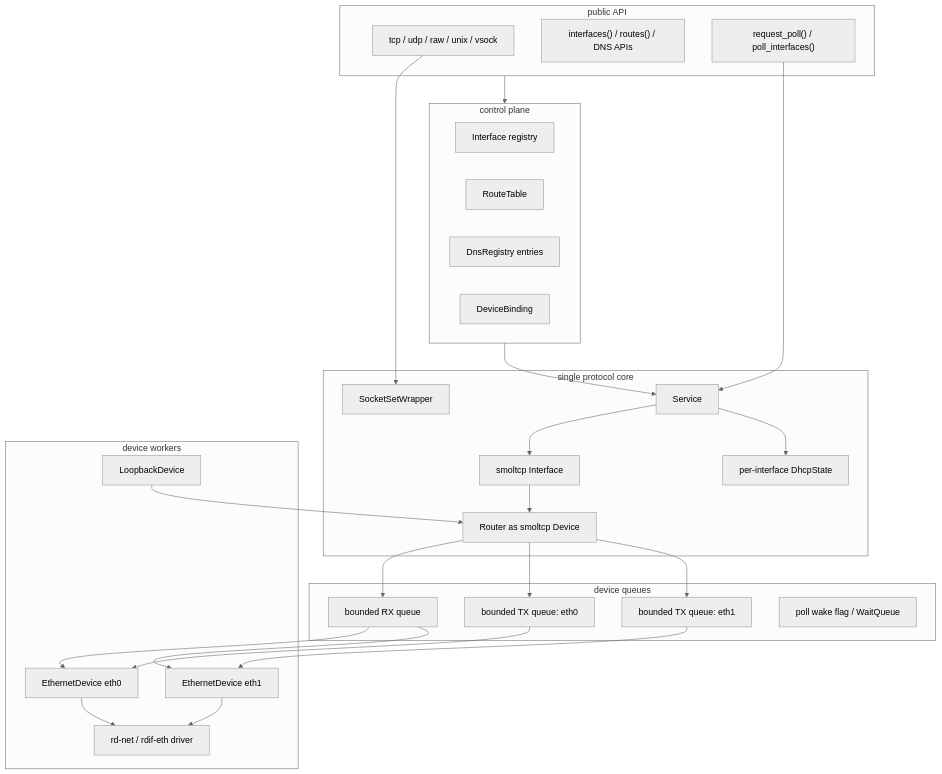
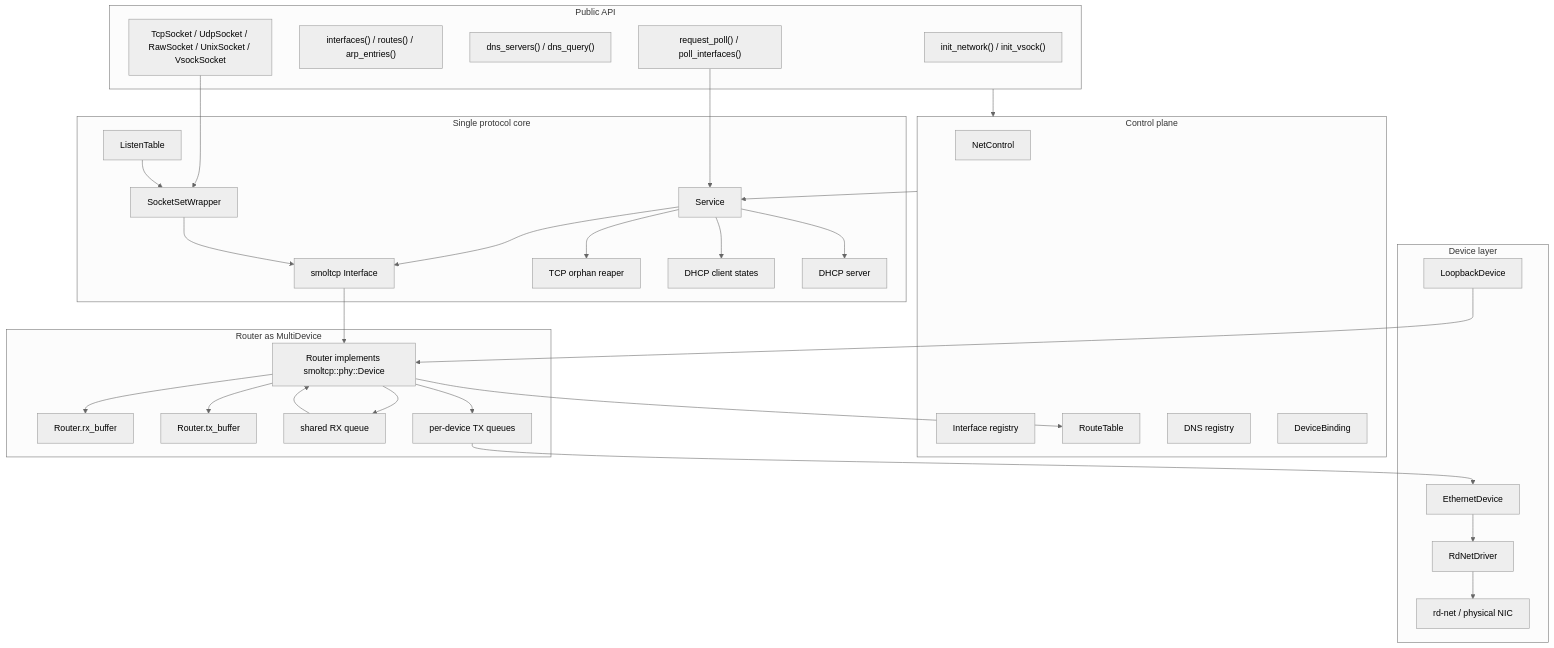
The first of 5 diagrams in docs/docs/architecture/net/architecture.md (rcore-os/tgoskits), drawn with Mermaid (neutral theme) before and after one commit. The commit also changed other lines of this file and 11 other files, not shown here.

Commit message:
docs(net): restructure architecture docs into focused topics and reflect inline queue changes

````diff
--- a/docs/docs/architecture/net/architecture.md
+++ b/docs/docs/architecture/net/architecture.md
@@ -10,55 +36,65 @@
 ```mermaid
 flowchart TB
-    subgraph Public["public API"]
-        ApiSocket["tcp / udp / raw / unix / vsock"]
-        ApiIface["interfaces() / routes() / DNS APIs"]
-        ApiPoll["request_poll() / poll_interfaces()"]
+    subgraph Api["Public API"]
+        Init["init_network() / init_vsock()"]
+        Query["interfaces() / routes() / arp_entries()"]
+        DnsApi["dns_servers() / dns_query()"]
+        Sockets["TcpSocket / UdpSocket / RawSocket / UnixSocket / VsockSocket"]
+        PollApi["request_poll() / poll_interfaces()"]
     end
 
-    subgraph Control["control plane"]
-        Registry["Interface registry"]
+    subgraph Control["Control plane"]
+        NetControl["NetControl"]
+        IfaceRegistry["Interface registry"]
         Routes["RouteTable"]
-        Dns["DnsRegistry entries"]
+        DnsRegistry["DNS registry"]
         Binding["DeviceBinding"]
     end
 
-    subgraph Core["single protocol core"]
+    subgraph Core["Single protocol core"]
+        Service["Service"]
+        SmolIface["smoltcp Interface"]
         SocketSet["SocketSetWrapper"]
-        Service["Service"]
-        Smol["smoltcp Interface"]
-        Dhcp["per-interface DhcpState"]
-        Router["Router as smoltcp Device"]
+        Listen["ListenTable"]
+        Orphan["TCP orphan reaper"]
+        DhcpClient["DHCP client states"]
+        DhcpServer["DHCP server"]
     end
 
-    subgraph Queues["device queues"]
-        RxQ["bounded RX queue"]
-        TxQ0["bounded TX queue: eth0"]
-        TxQ1["bounded TX queue: eth1"]
-        Wake["poll wake flag / WaitQueue"]
+    subgraph MultiDev["Router as MultiDevice"]
+        Router["Router implements smoltcp::phy::Device"]
+        RxBuffer["Router.rx_buffer"]
+        TxBuffer["Router.tx_buffer"]
+        RxQueue["shared RX queue"]
+        TxQueues["per-device TX queues"]
     end
 
-    subgraph Devices["device workers"]
-        Lo["LoopbackDevice"]
-        Eth0["EthernetDevice eth0"]
-        Eth1["EthernetDevice eth1"]
-        RdNet["rd-net / rdif-eth driver"]
+    subgraph DeviceLayer["Device layer"]
+        Loopback["LoopbackDevice"]
+        Ethernet["EthernetDevice"]
+        RdNet["RdNetDriver"]
+        Hardware["rd-net / physical NIC"]
     end
 
-    Public --> Control
-    ApiSocket --> SocketSet
-    ApiPoll --> Service
+    Api --> Control
+    Sockets --> SocketSet
+    PollApi --> Service
     Control --> Service
-    Service --> Smol
-    Service --> Dhcp
-    Smol --> Router
-    Router --> RxQ
-    Router --> TxQ0
-    Router --> TxQ1
-    RxQ --> Eth0
-    RxQ --> Eth1
-    TxQ0 --> Eth0
-    TxQ1 --> Eth1
-    Eth0 --> RdNet
-    Eth1 --> RdNet
-    Lo --> Router
+    Service --> SmolIface
+    Service --> DhcpClient
+    Service --> DhcpServer
+    Service --> Orphan
+    SmolIface --> Router
+    SocketSet --> SmolIface
+    Listen --> SocketSet
+    Router --> RxBuffer
+    Router --> TxBuffer
+    Router --> RxQueue
+    Router --> TxQueues
+    Router --> Routes
+    TxQueues --> Ethernet
+    RxQueue --> Router
+    Loopback --> Router
+    Ethernet --> RdNet
+    RdNet --> Hardware
 ```
````
